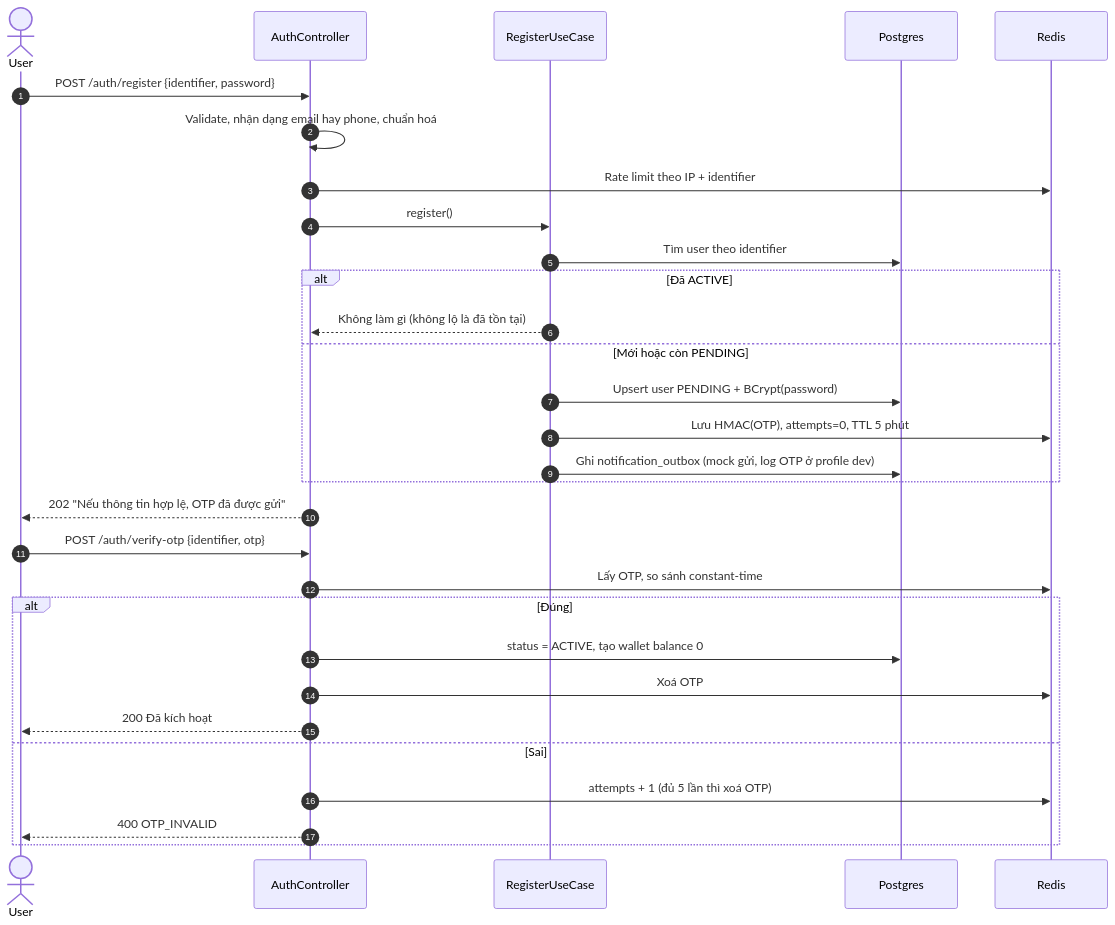
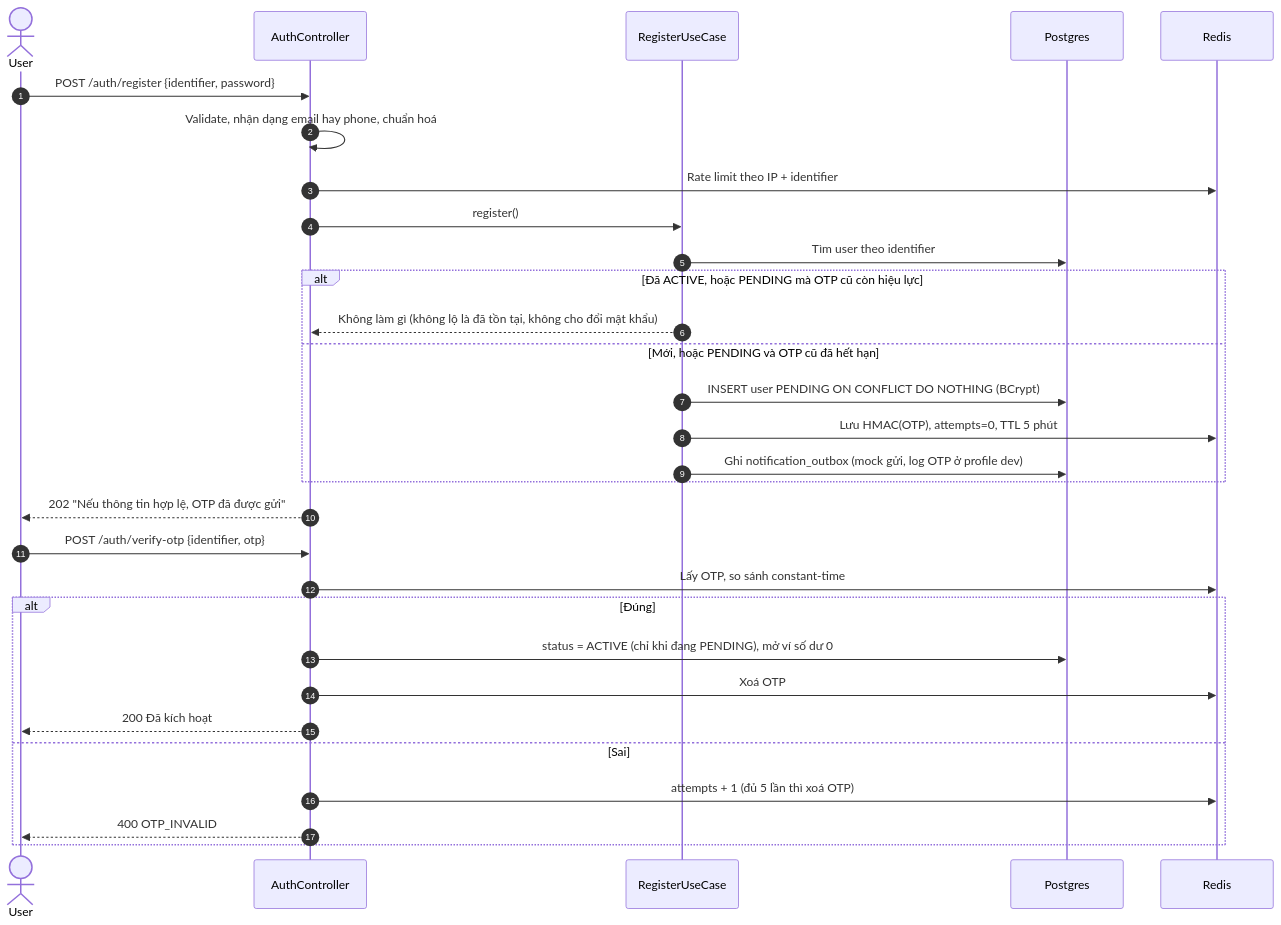
The fifth of 14 diagrams in docs/system-design.md (lebronjamesbe01-dev/flashsale-service), drawn with Mermaid before and after one commit. The commit also changed other lines of this file and 1 other file, not shown here.

````diff
--- a/docs/system-design.md
+++ b/docs/system-design.md
@@ -186,34 +190,34 @@
 ```mermaid
 sequenceDiagram
     autonumber
     actor U as User
     participant API as AuthController
     participant S as RegisterUseCase
     participant DB as Postgres
     participant R as Redis
 
     U->>API: POST /auth/register {identifier, password}
     API->>API: Validate, nhận dạng email hay phone, chuẩn hoá
     API->>R: Rate limit theo IP + identifier
     API->>S: register()
     S->>DB: Tìm user theo identifier
-    alt Đã ACTIVE
-        S-->>API: Không làm gì (không lộ là đã tồn tại)
-    else Mới hoặc còn PENDING
-        S->>DB: Upsert user PENDING + BCrypt(password)
+    alt Đã ACTIVE, hoặc PENDING mà OTP cũ còn hiệu lực
+        S-->>API: Không làm gì (không lộ là đã tồn tại, không cho đổi mật khẩu)
+    else Mới, hoặc PENDING và OTP cũ đã hết hạn
+        S->>DB: INSERT user PENDING ON CONFLICT DO NOTHING (BCrypt)
         S->>R: Lưu HMAC(OTP), attempts=0, TTL 5 phút
         S->>DB: Ghi notification_outbox (mock gửi, log OTP ở profile dev)
     end
     API-->>U: 202 "Nếu thông tin hợp lệ, OTP đã được gửi"
 
     U->>API: POST /auth/verify-otp {identifier, otp}
     API->>R: Lấy OTP, so sánh constant-time
     alt Đúng
-        API->>DB: status = ACTIVE, tạo wallet balance 0
+        API->>DB: status = ACTIVE (chỉ khi đang PENDING), mở ví số dư 0
         API->>R: Xoá OTP
         API-->>U: 200 Đã kích hoạt
     else Sai
         API->>R: attempts + 1 (đủ 5 lần thì xoá OTP)
         API-->>U: 400 OTP_INVALID
     end
 ```
````
